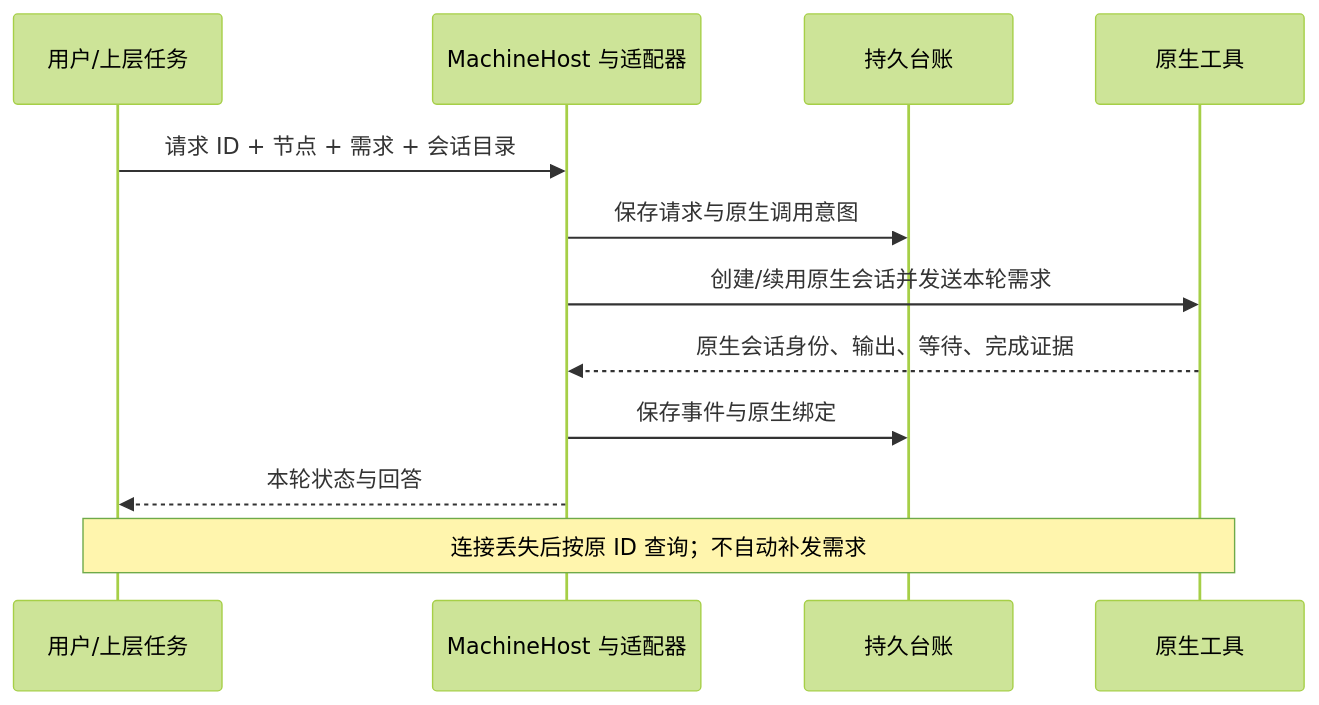
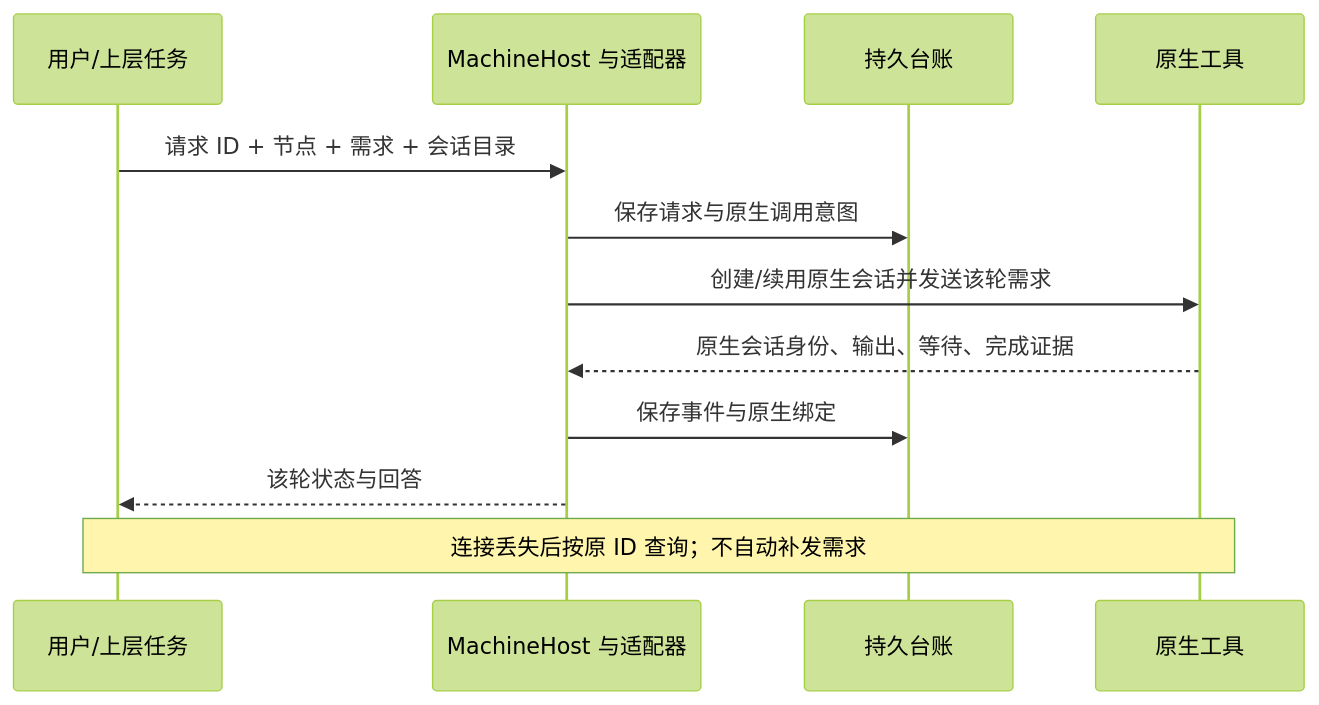
Before and after one commit to wsjq5477/MA-Relay: the second of 2 diagrams in doc/modules/06-native-adapters/design.md, drawn with Mermaid (forest theme). The commit also changed other lines of this file and 168 other files, not shown here.

````diff
--- a/doc/modules/06-native-adapters/design.md
+++ b/doc/modules/06-native-adapters/design.md
@@ -170,14 +203,14 @@
 ```mermaid
 sequenceDiagram
     participant U as 用户/上层任务
     participant H as MachineHost 与适配器
     participant J as 持久台账
     participant T as 原生工具
     U->>H: 请求 ID + 节点 + 需求 + 会话目录
     H->>J: 保存请求与原生调用意图
-    H->>T: 创建/续用原生会话并发送本轮需求
+    H->>T: 创建/续用原生会话并发送该轮需求
     T-->>H: 原生会话身份、输出、等待、完成证据
     H->>J: 保存事件与原生绑定
-    H-->>U: 本轮状态与回答
+    H-->>U: 该轮状态与回答
     Note over U,T: 连接丢失后按原 ID 查询；不自动补发需求
 ```
````
